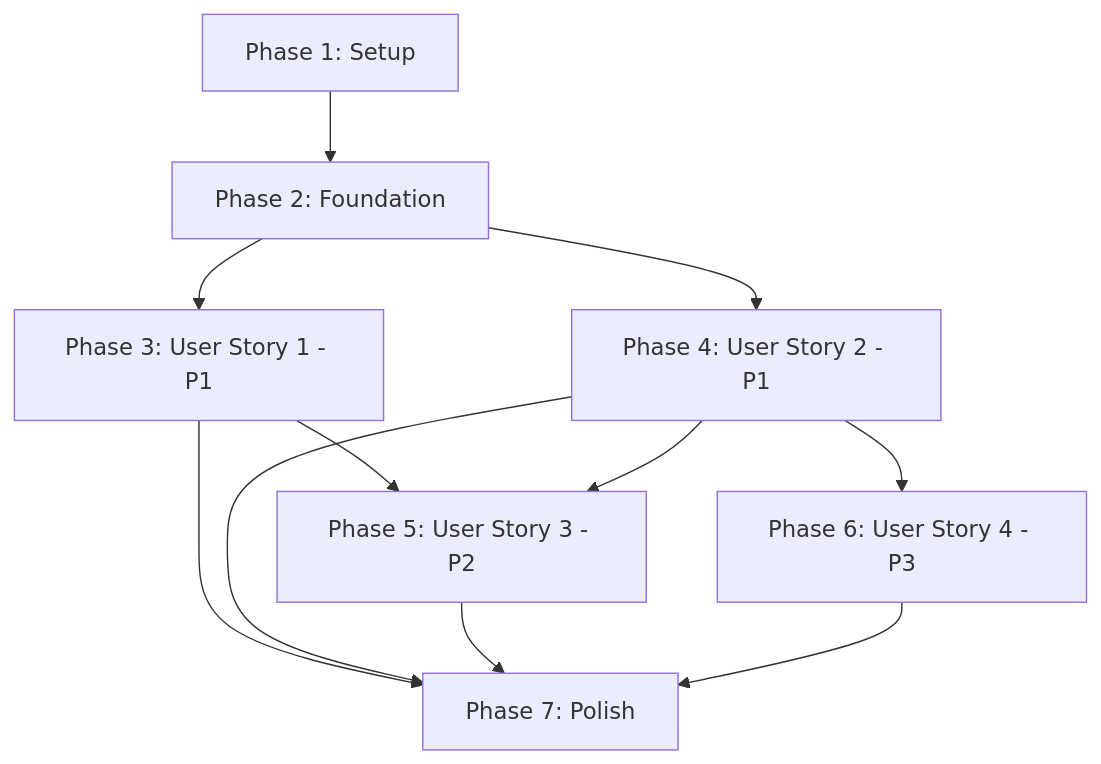
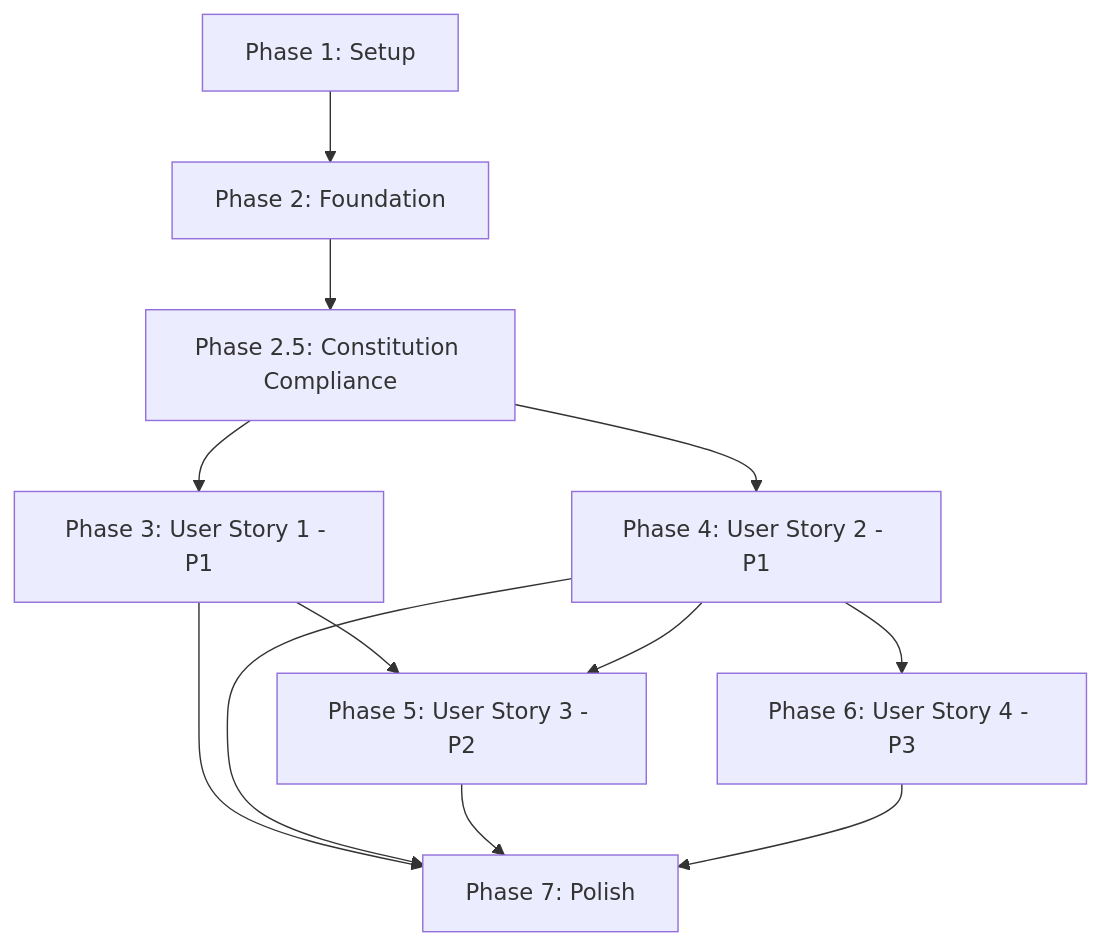
One commit to punkouter26/PoSeeReview changed the diagram in specs/001-review-comic-app/tasks.md. Above: the diagram before and after it, drawn with Mermaid. The commit also changed other lines of this file and 62 other files, not shown here.

````diff
--- a/specs/001-review-comic-app/tasks.md
+++ b/specs/001-review-comic-app/tasks.md
@@ -305,13 +347,14 @@
 ```mermaid
 graph TD
     Setup[Phase 1: Setup] --> Foundation[Phase 2: Foundation]
-    Foundation --> US1[Phase 3: User Story 1 - P1]
-    Foundation --> US2[Phase 4: User Story 2 - P1]
+    Foundation --> Constitution[Phase 2.5: Constitution Compliance]
+    Constitution --> US1[Phase 3: User Story 1 - P1]
+    Constitution --> US2[Phase 4: User Story 2 - P1]
     US1 --> US3[Phase 5: User Story 3 - P2]
     US2 --> US3
     US2 --> US4[Phase 6: User Story 4 - P3]
     US1 --> Polish[Phase 7: Polish]
     US2 --> Polish
     US3 --> Polish
     US4 --> Polish
 ```
````
